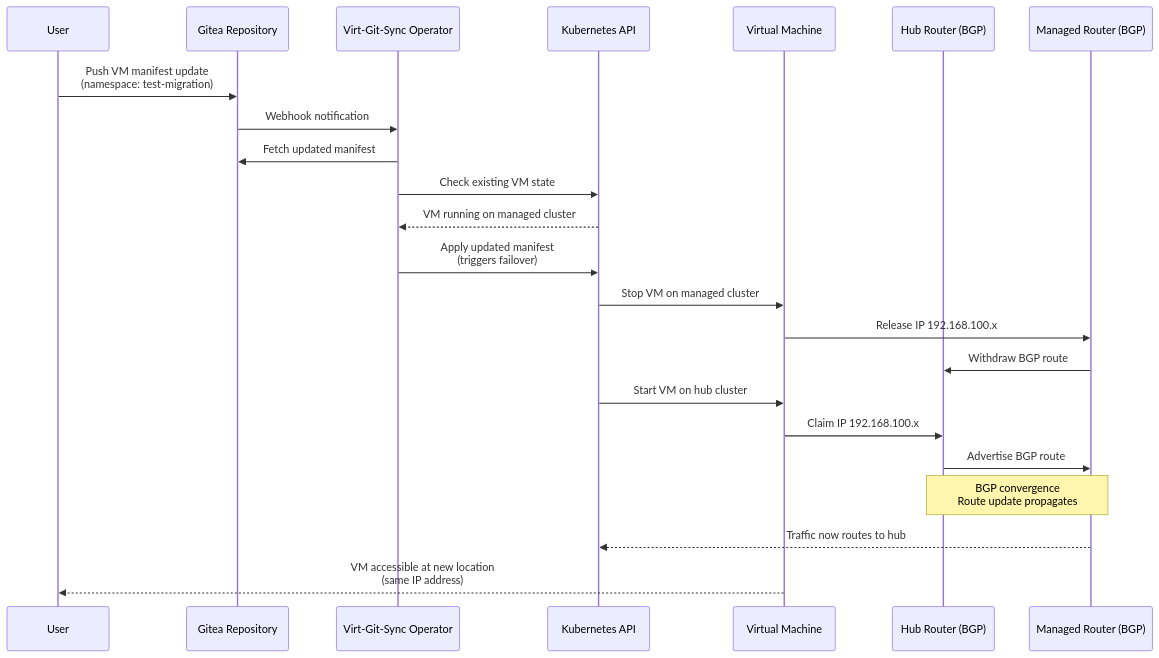
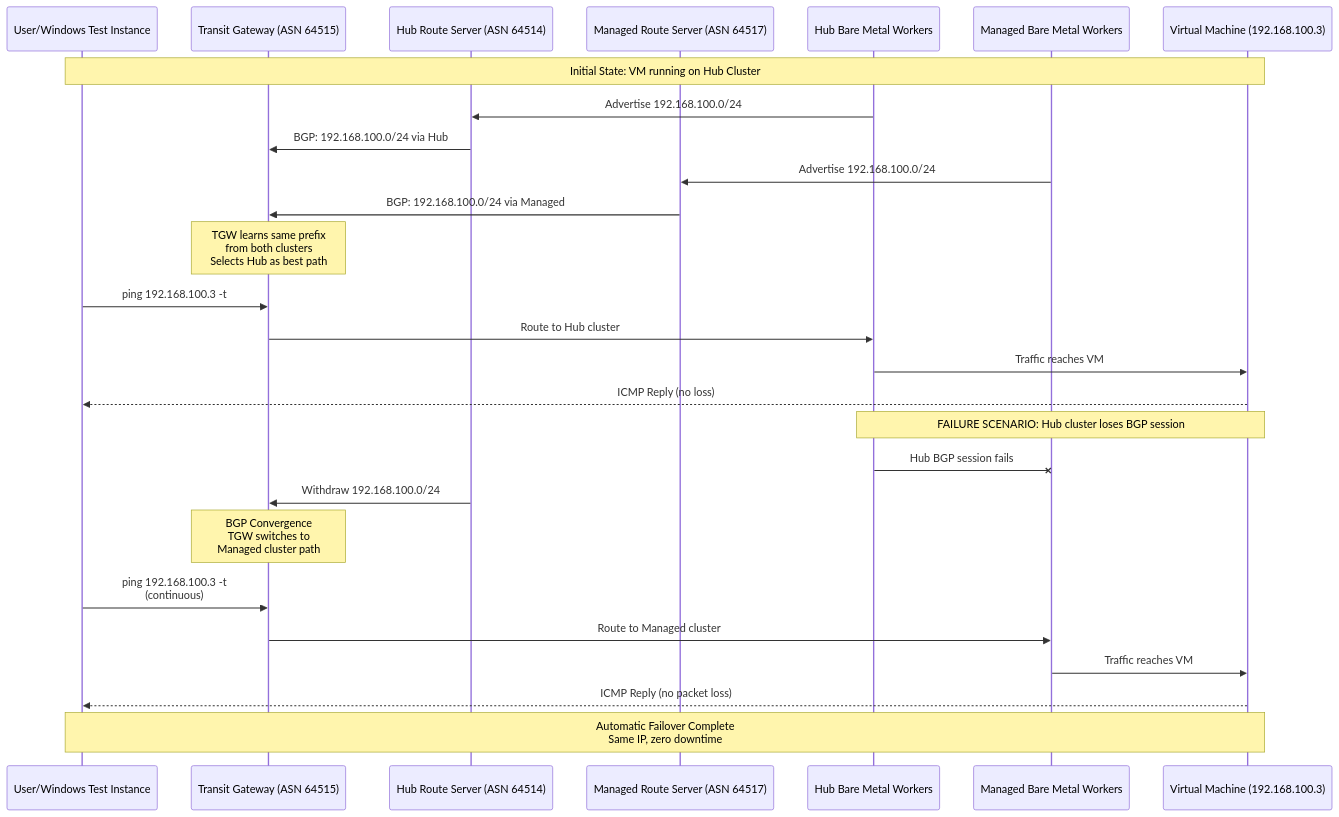
Before and after one commit to mathianasj/virt-git-sync-demo: the sixth of 9 diagrams in docs/architecture-diagrams.md, drawn with Mermaid. The commit also changed other lines of this file, not shown here.

First line of the commit message:
Update architecture diagrams for VPC Route Server and Transit Gateway

````diff
--- a/docs/architecture-diagrams.md
+++ b/docs/architecture-diagrams.md
@@ -304,30 +415,38 @@
 ```mermaid
 sequenceDiagram
-    participant User
-    participant Gitea as Gitea Repository
-    participant VirtSync as Virt-Git-Sync Operator
-    participant K8s as Kubernetes API
-    participant VM as Virtual Machine
-    participant Hub as Hub Router (BGP)
-    participant Mgd as Managed Router (BGP)
+    participant User as User/Windows Test Instance
+    participant TGW as Transit Gateway (ASN 64515)
+    participant HubRS as Hub Route Server (ASN 64514)
+    participant MgdRS as Managed Route Server (ASN 64517)
+    participant HubWorker as Hub Bare Metal Workers
+    participant MgdWorker as Managed Bare Metal Workers
+    participant VM as Virtual Machine (192.168.100.3)
     
-    User->>Gitea: Push VM manifest update<br/>(namespace: test-migration)
-    Gitea->>VirtSync: Webhook notification
-    VirtSync->>Gitea: Fetch updated manifest
-    VirtSync->>K8s: Check existing VM state
-    K8s-->>VirtSync: VM running on managed cluster
+    Note over User,VM: Initial State: VM running on Hub Cluster
     
-    VirtSync->>K8s: Apply updated manifest<br/>(triggers failover)
-    K8s->>VM: Stop VM on managed cluster
-    VM->>Mgd: Release IP 192.168.100.x
-    Mgd->>Hub: Withdraw BGP route
+    HubWorker->>HubRS: Advertise 192.168.100.0/24
+    HubRS->>TGW: BGP: 192.168.100.0/24 via Hub
+    MgdWorker->>MgdRS: Advertise 192.168.100.0/24
+    MgdRS->>TGW: BGP: 192.168.100.0/24 via Managed
     
-    K8s->>VM: Start VM on hub cluster
-    VM->>Hub: Claim IP 192.168.100.x
-    Hub->>Mgd: Advertise BGP route
+    Note over TGW: TGW learns same prefix<br/>from both clusters<br/>Selects Hub as best path
     
-    Note over Hub,Mgd: BGP convergence<br/>Route update propagates
+    User->>TGW: ping 192.168.100.3 -t
+    TGW->>HubWorker: Route to Hub cluster
+    HubWorker->>VM: Traffic reaches VM
+    VM-->>User: ICMP Reply (no loss)
     
-    Mgd-->>K8s: Traffic now routes to hub
-    VM-->>User: VM accessible at new location<br/>(same IP address)
+    Note over HubWorker,VM: FAILURE SCENARIO: Hub cluster loses BGP session
+    
+    HubWorker-xMgdWorker: Hub BGP session fails
+    HubRS->>TGW: Withdraw 192.168.100.0/24
+    
+    Note over TGW: BGP Convergence<br/>TGW switches to<br/>Managed cluster path
+    
+    User->>TGW: ping 192.168.100.3 -t<br/>(continuous)
+    TGW->>MgdWorker: Route to Managed cluster
+    MgdWorker->>VM: Traffic reaches VM
+    VM-->>User: ICMP Reply (no packet loss)
+    
+    Note over User,VM: Automatic Failover Complete<br/>Same IP, zero downtime
 ```
````
